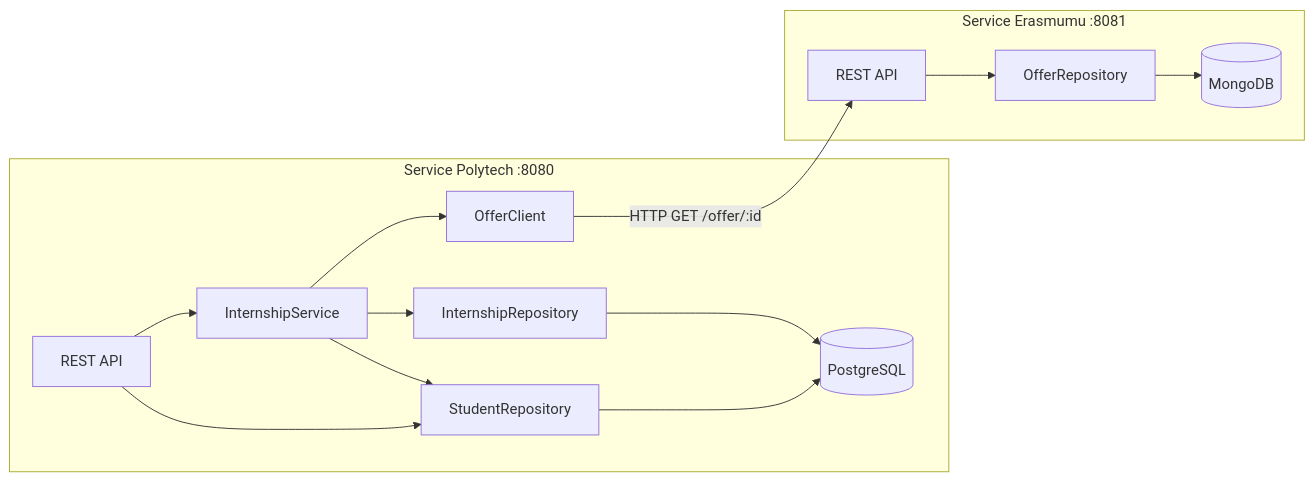
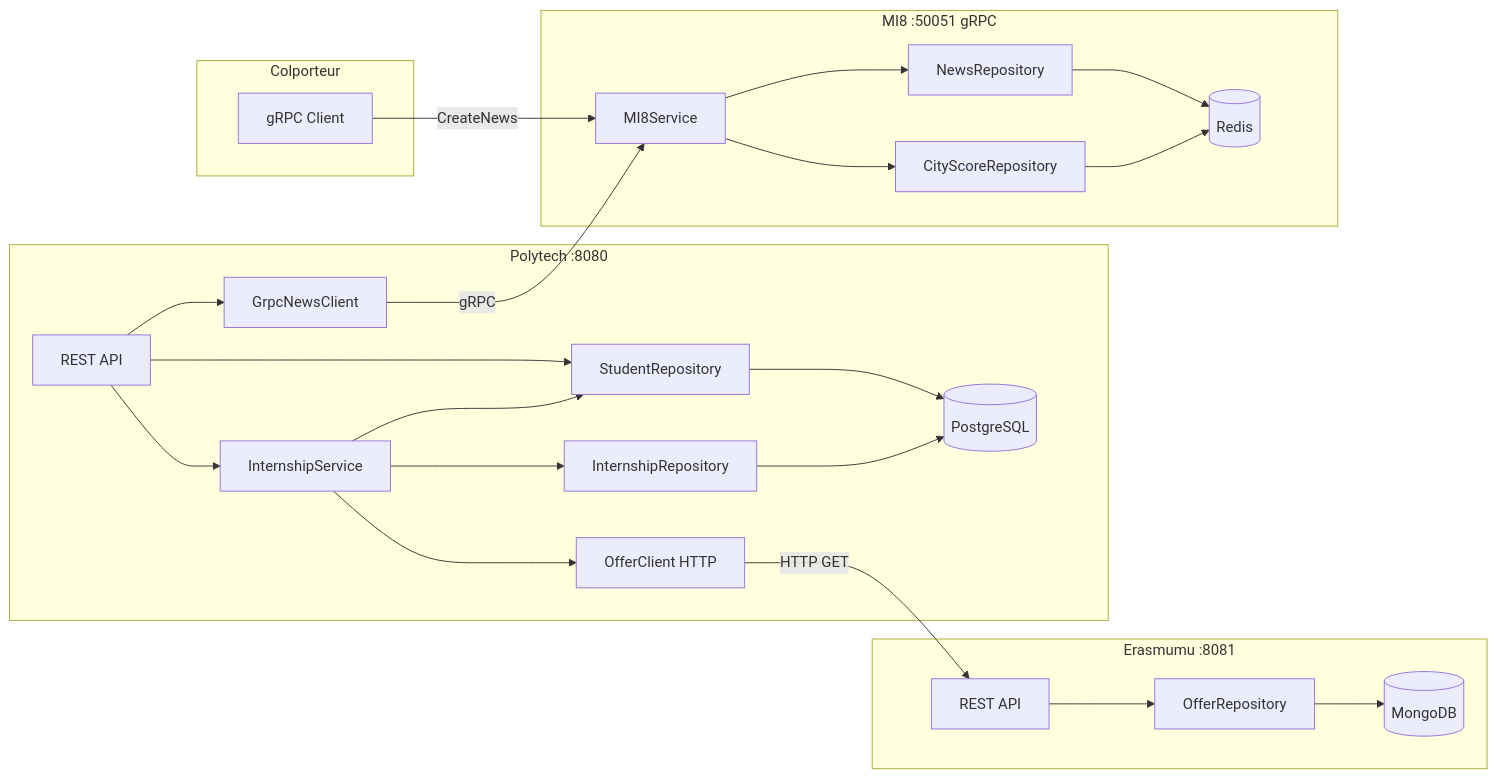
Before and after one commit to jorisvilardell/zukmove: the diagram in README.md, drawn with Mermaid. The commit also changed other lines of this file and 27 other files, not shown here.

````diff
--- a/README.md
+++ b/README.md
@@ -5,17 +5,28 @@
 ```mermaid
 graph LR
-    subgraph "Service Polytech :8080"
-        A[REST API] --> B[InternshipService]
-        A --> C[StudentRepository]
-        C --> D[(PostgreSQL)]
+    subgraph Polytech["Polytech :8080"]
+        A["REST API"] --> B["InternshipService"]
+        A --> C["StudentRepository"]
+        C --> D[("PostgreSQL")]
         B --> C
-        B --> E[OfferClient]
-        B --> F[InternshipRepository]
+        B --> E["OfferClient HTTP"]
+        B --> F["InternshipRepository"]
         F --> D
+        A --> G["GrpcNewsClient"]
     end
-    subgraph "Service Erasmumu :8081"
-        G[REST API] --> H[OfferRepository]
-        H --> I[(MongoDB)]
+    subgraph Erasmumu["Erasmumu :8081"]
+        H["REST API"] --> I["OfferRepository"]
+        I --> J[("MongoDB")]
     end
-    E -->|HTTP GET /offer/:id| G
+    subgraph MI8["MI8 :50051 gRPC"]
+        K["MI8Service"] --> L["NewsRepository"]
+        K --> M["CityScoreRepository"]
+        L --> N[("Redis")]
+        M --> N
+    end
+    subgraph Colporteur
+        O["gRPC Client"] -->|"CreateNews"| K
+    end
+    E -->|"HTTP GET"| H
+    G -->|"gRPC"| K
 ```
````
